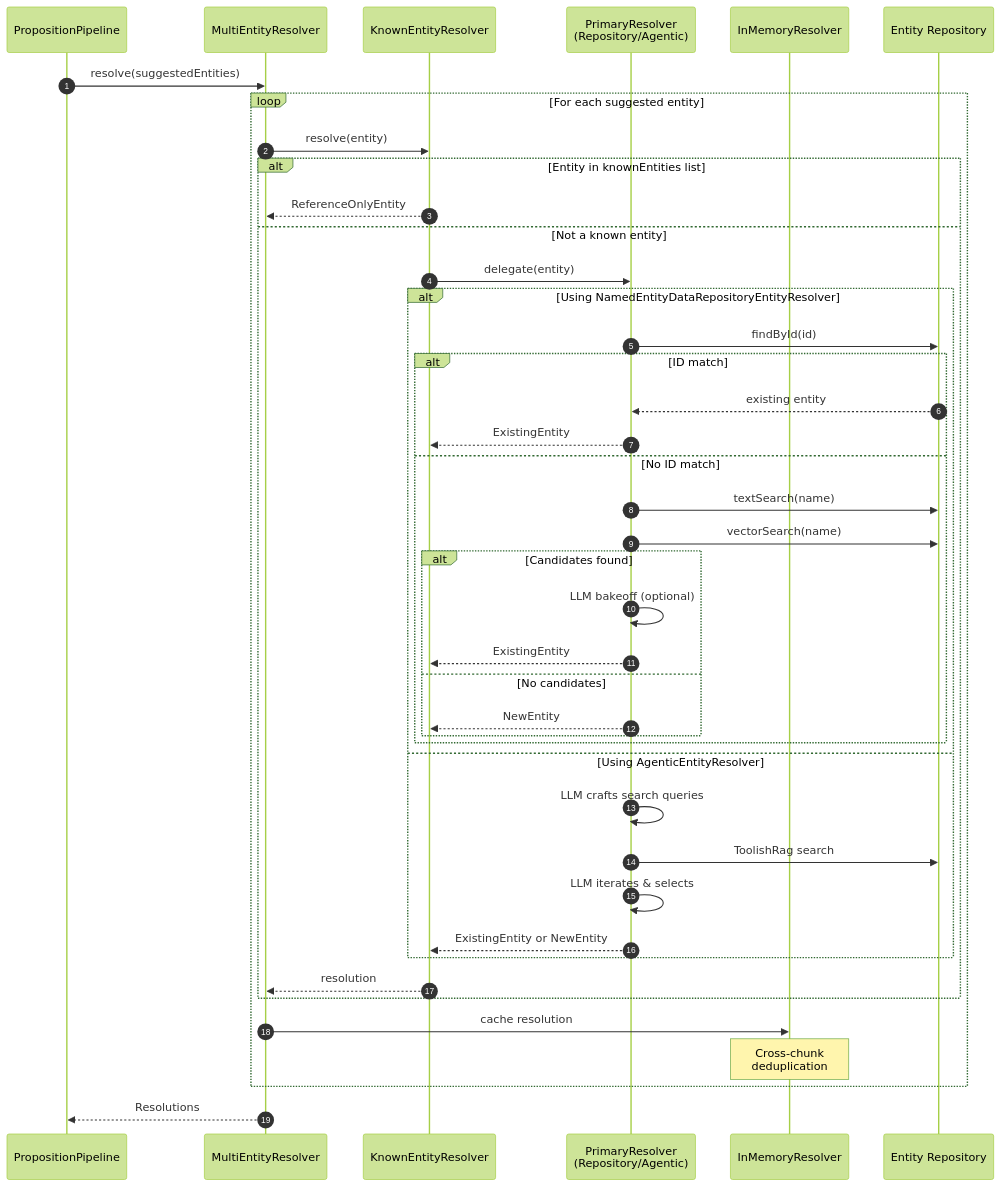
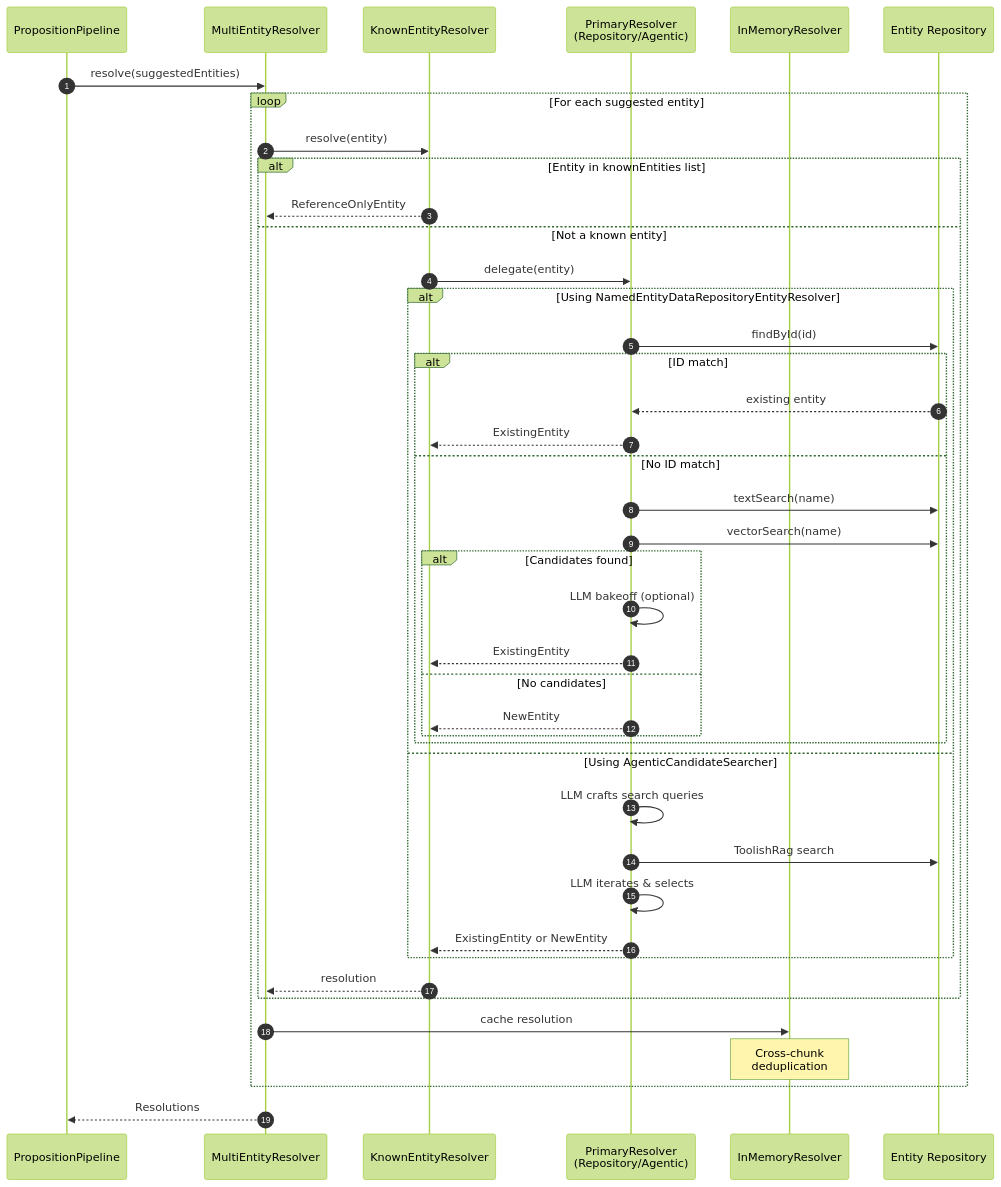
One commit to embabel/dice changed the fourth of 12 diagrams in README.md. Above: the diagram before and after it, drawn with Mermaid (forest theme). The commit also changed other lines of this file and 6 other files, not shown here.

Commit message:
AgenticEntityResolver is now a candidate searcher

````diff
--- a/README.md
+++ b/README.md
@@ -255,51 +255,51 @@
 ```mermaid
 sequenceDiagram
     autonumber
     participant P as PropositionPipeline
     participant MR as MultiEntityResolver
     participant KR as KnownEntityResolver
     participant PR as PrimaryResolver<br/>(Repository/Agentic)
     participant IM as InMemoryResolver
     participant DB as Entity Repository
 
     P->>MR: resolve(suggestedEntities)
 
     loop For each suggested entity
         MR->>KR: resolve(entity)
 
         alt Entity in knownEntities list
             KR-->>MR: ReferenceOnlyEntity
         else Not a known entity
             KR->>PR: delegate(entity)
 
             alt Using NamedEntityDataRepositoryEntityResolver
                 PR->>DB: findById(id)
                 alt ID match
                     DB-->>PR: existing entity
                     PR-->>KR: ExistingEntity
                 else No ID match
                     PR->>DB: textSearch(name)
                     PR->>DB: vectorSearch(name)
                     alt Candidates found
                         PR->>PR: LLM bakeoff (optional)
                         PR-->>KR: ExistingEntity
                     else No candidates
                         PR-->>KR: NewEntity
                     end
                 end
-            else Using AgenticEntityResolver
+            else Using AgenticCandidateSearcher
                 PR->>PR: LLM crafts search queries
                 PR->>DB: ToolishRag search
                 PR->>PR: LLM iterates & selects
                 PR-->>KR: ExistingEntity or NewEntity
             end
 
             KR-->>MR: resolution
         end
 
         MR->>IM: cache resolution
         Note over IM: Cross-chunk<br/>deduplication
     end
 
     MR-->>P: Resolutions
 ```
````
